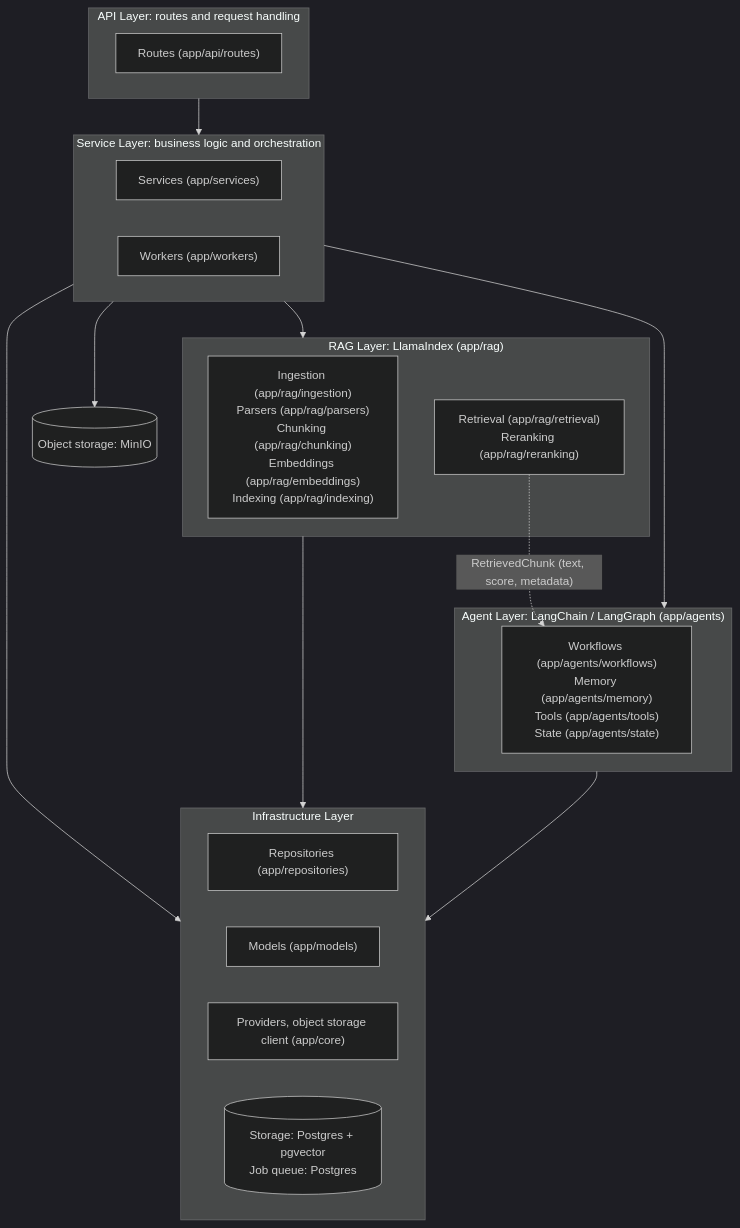
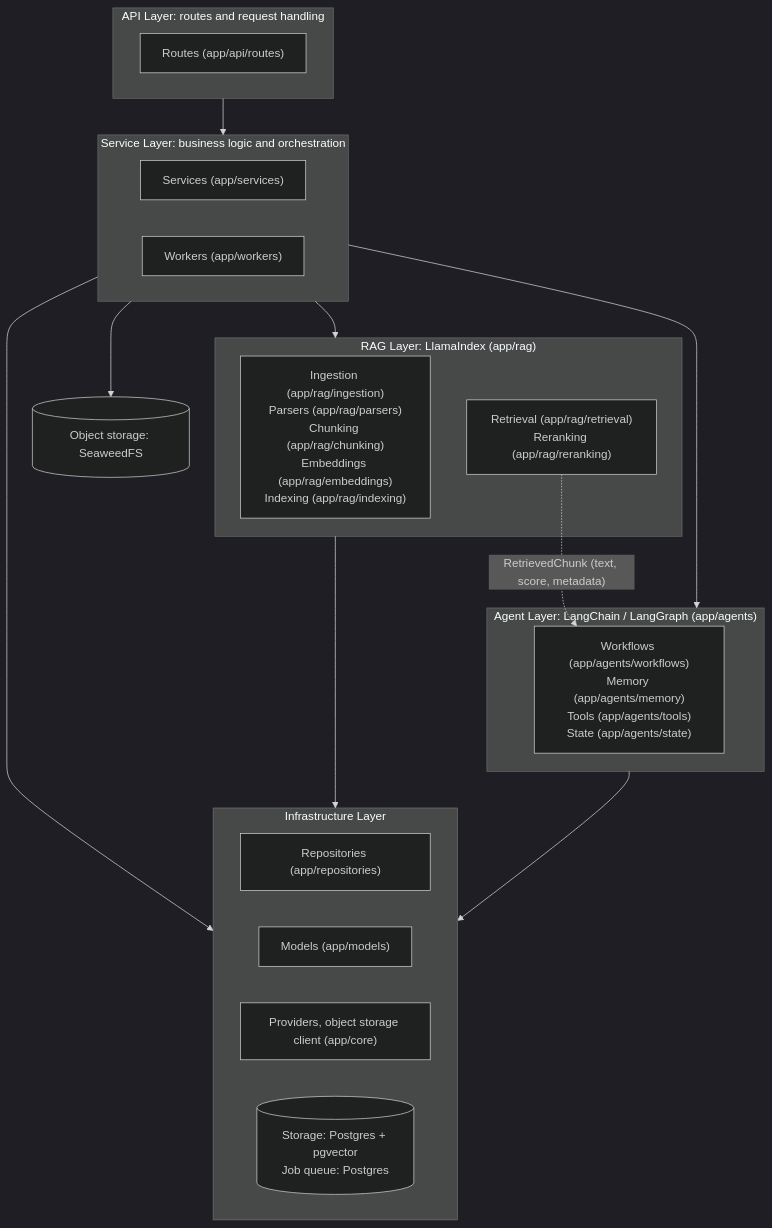
Before and after one commit to JosephSuyam/ragidy: the second of 4 diagrams in docs/architecture/diagrams.md, drawn with Mermaid (dark theme). The commit also changed other lines of this file and 3 other files, not shown here.

First line of the commit message:
docs(docs): switch ADR 0002 storage to SeaweedFS

````diff
--- a/docs/architecture/diagrams.md
+++ b/docs/architecture/diagrams.md
@@ -24,32 +24,32 @@
 ```mermaid
 flowchart TD
   subgraph API["API Layer: routes and request handling"]
     routes["Routes (app/api/routes)"]
   end
   subgraph SERVICE["Service Layer: business logic and orchestration"]
     services["Services (app/services)"]
     workers["Workers (app/workers)"]
   end
   subgraph RAG["RAG Layer: LlamaIndex (app/rag)"]
     ingestion["Ingestion (app/rag/ingestion)<br/>Parsers (app/rag/parsers)<br/>Chunking (app/rag/chunking)<br/>Embeddings (app/rag/embeddings)<br/>Indexing (app/rag/indexing)"]
     retrieval["Retrieval (app/rag/retrieval)<br/>Reranking (app/rag/reranking)"]
   end
   subgraph AGENTS["Agent Layer: LangChain / LangGraph (app/agents)"]
     agentmods["Workflows (app/agents/workflows)<br/>Memory (app/agents/memory)<br/>Tools (app/agents/tools)<br/>State (app/agents/state)"]
   end
   subgraph INFRA["Infrastructure Layer"]
     repos["Repositories (app/repositories)"]
     models["Models (app/models)"]
     providers["Providers, object storage client (app/core)"]
     storage[("Storage: Postgres + pgvector<br/>Job queue: Postgres")]
   end
-  objstore[("Object storage: MinIO")]
+  objstore[("Object storage: SeaweedFS")]
   API --> SERVICE
   SERVICE --> RAG
   SERVICE --> AGENTS
   SERVICE --> INFRA
   SERVICE --> objstore
   RAG --> INFRA
   AGENTS --> INFRA
   retrieval -.->|"RetrievedChunk (text, score, metadata)"| agentmods
 ```
````
